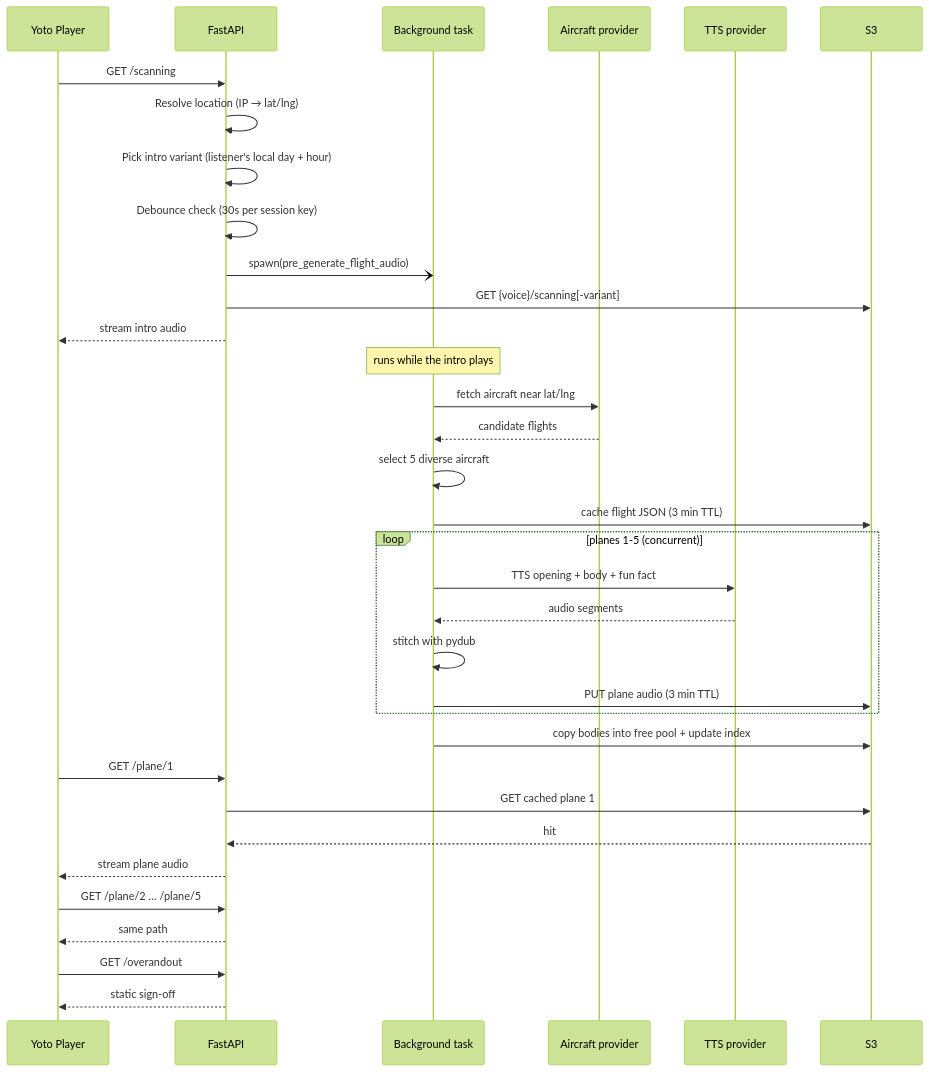
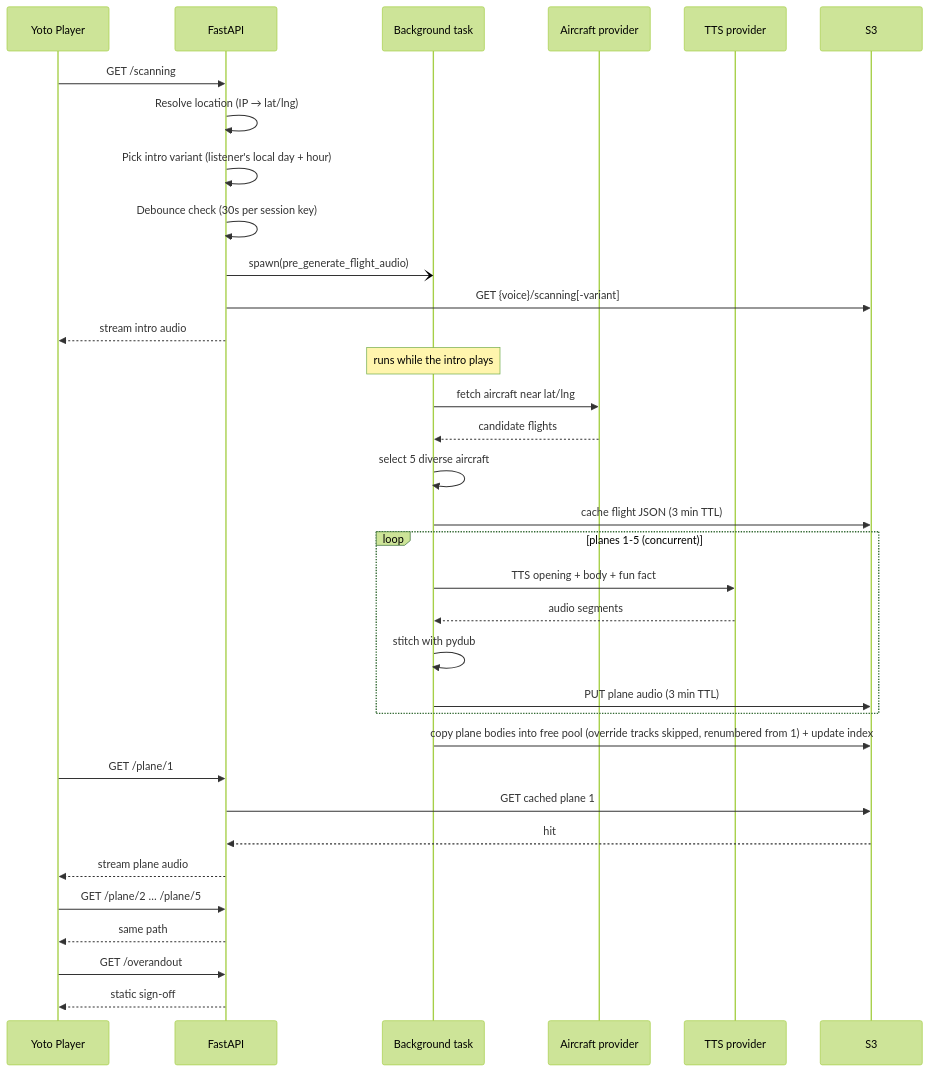
The second of 9 diagrams in docs/ARCHITECTURE.md (cjkm3rriman/dreaming-of-a-jet-plane), drawn with Mermaid (forest theme) before and after one commit. The commit also changed other lines of this file and 10 other files, not shown here.

First line of the commit message:
Animal Friday: bird is track 2; free pool skips override tracks and renumbers (#88)

````diff
--- a/docs/ARCHITECTURE.md
+++ b/docs/ARCHITECTURE.md
@@ -97,41 +97,41 @@
 ```mermaid
 sequenceDiagram
     participant Y as Yoto Player
     participant A as FastAPI
     participant BG as Background task
     participant P as Aircraft provider
     participant T as TTS provider
     participant S3 as S3
 
     Y->>A: GET /scanning
     A->>A: Resolve location (IP → lat/lng)
     A->>A: Pick intro variant (listener's local day + hour)
     A->>A: Debounce check (30s per session key)
     A-)BG: spawn(pre_generate_flight_audio)
     A->>S3: GET {voice}/scanning[-variant]
     A-->>Y: stream intro audio
 
     Note over BG: runs while the intro plays
     BG->>P: fetch aircraft near lat/lng
     P-->>BG: candidate flights
     BG->>BG: select 5 diverse aircraft
     BG->>S3: cache flight JSON (3 min TTL)
     loop planes 1-5 (concurrent)
         BG->>T: TTS opening + body + fun fact
         T-->>BG: audio segments
         BG->>BG: stitch with pydub
         BG->>S3: PUT plane audio (3 min TTL)
     end
-    BG->>S3: copy bodies into free pool + update index
+    BG->>S3: copy plane bodies into free pool (override tracks skipped, renumbered from 1) + update index
 
     Y->>A: GET /plane/1
     A->>S3: GET cached plane 1
     S3-->>A: hit
     A-->>Y: stream plane audio
 
     Y->>A: GET /plane/2 … /plane/5
     A-->>Y: same path
 
     Y->>A: GET /overandout
     A-->>Y: static sign-off
 ```
````
